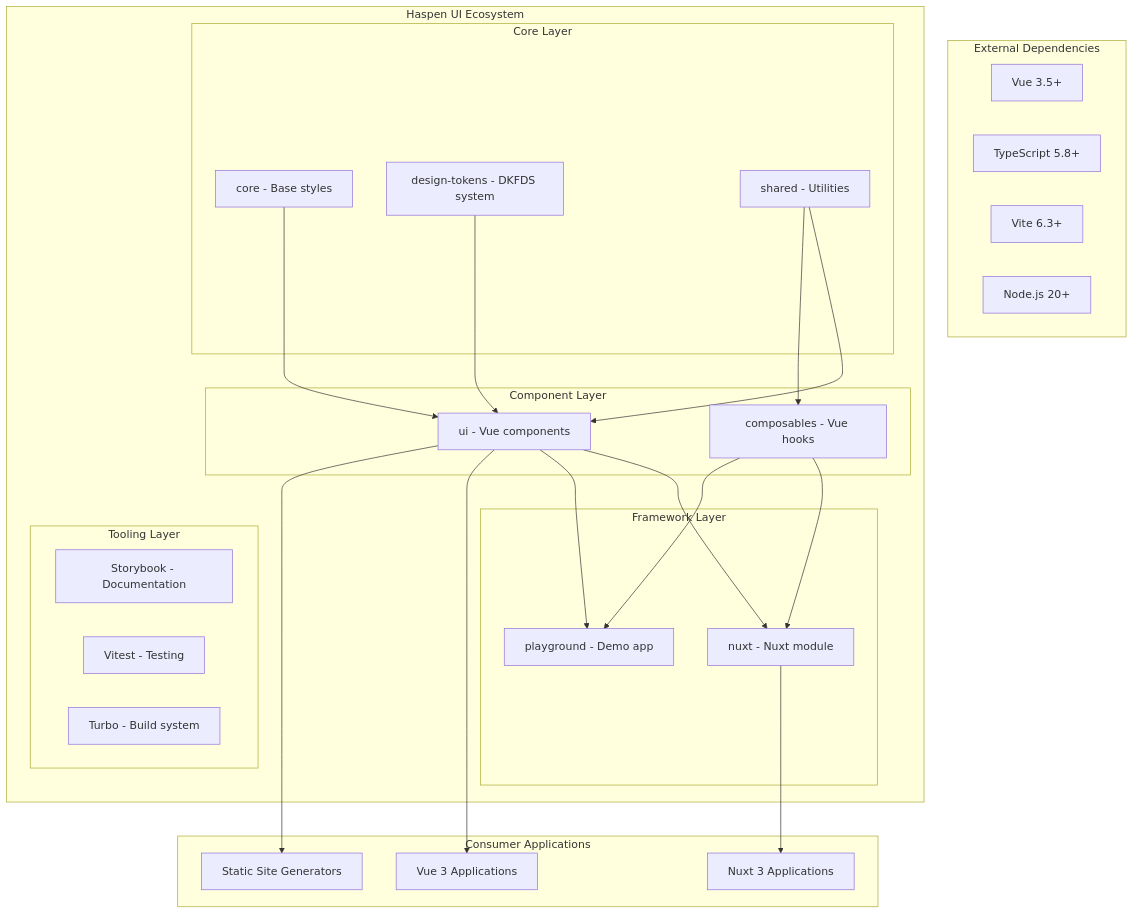
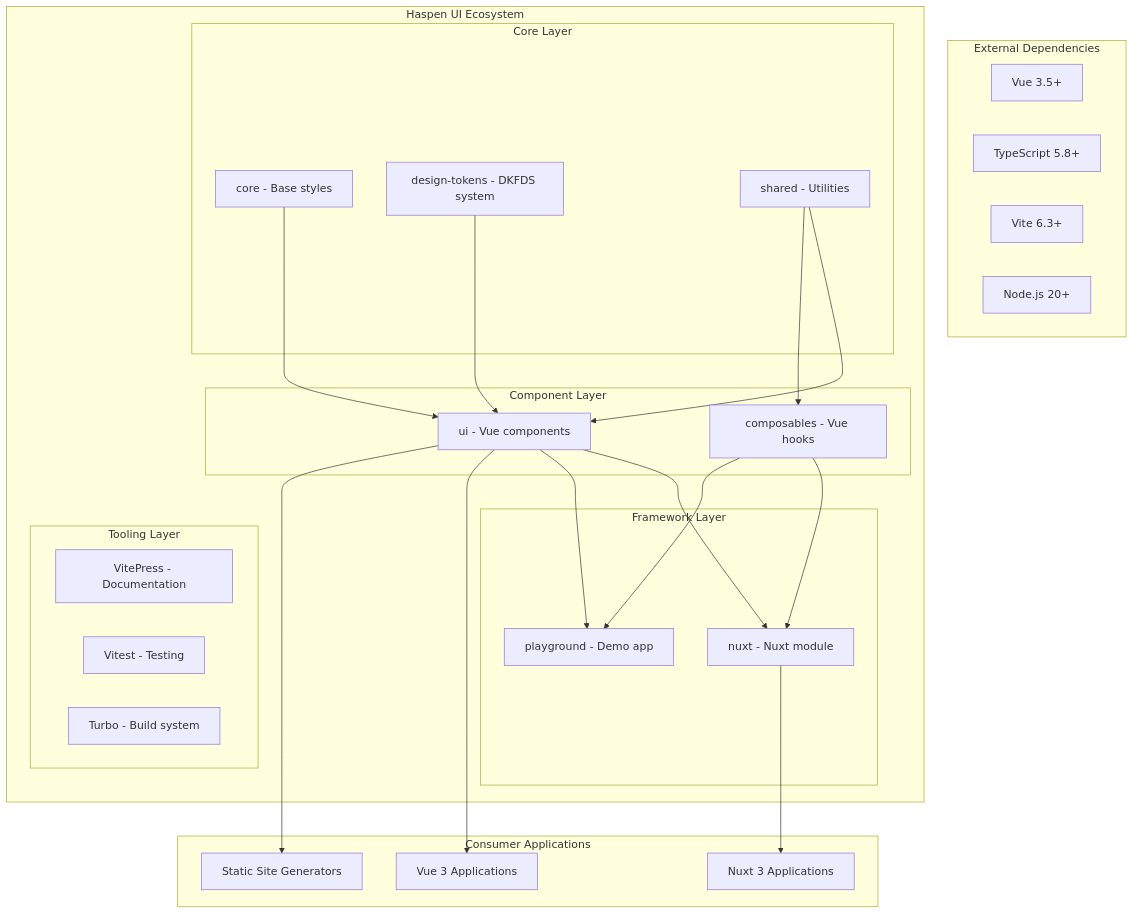
One commit to KlangHaus/grundtone changed the first of 4 diagrams in ARCHITECTURE.md. Above: the diagram before and after it, drawn with Mermaid. The commit also changed other lines of this file and 8 other files, not shown here.

````diff
--- a/ARCHITECTURE.md
+++ b/ARCHITECTURE.md
@@ -16,52 +16,52 @@
 ```mermaid
 graph TB
     subgraph "External Dependencies"
         Vue[Vue 3.5+]
         TS[TypeScript 5.8+]
         Vite[Vite 6.3+]
         Node[Node.js 20+]
     end
 
     subgraph "Haspen UI Ecosystem"
         subgraph "Core Layer"
             Core[core - Base styles]
             Tokens[design-tokens - DKFDS system]
             Shared[shared - Utilities]
         end
 
         subgraph "Component Layer"
             UI[ui - Vue components]
             Composables[composables - Vue hooks]
         end
 
         subgraph "Framework Layer"
             Nuxt[nuxt - Nuxt module]
             Playground[playground - Demo app]
         end
 
         subgraph "Tooling Layer"
-            Storybook[Storybook - Documentation]
+            Docs[VitePress - Documentation]
             Tests[Vitest - Testing]
             Build[Turbo - Build system]
         end
     end
 
     subgraph "Consumer Applications"
         VueApp[Vue 3 Applications]
         NuxtApp[Nuxt 3 Applications]
         SSG[Static Site Generators]
     end
 
     Core --> UI
     Tokens --> UI
     Shared --> UI
     Shared --> Composables
     UI --> Nuxt
     Composables --> Nuxt
     UI --> Playground
     Composables --> Playground
 
     UI --> VueApp
     Nuxt --> NuxtApp
     UI --> SSG
 ```
````
